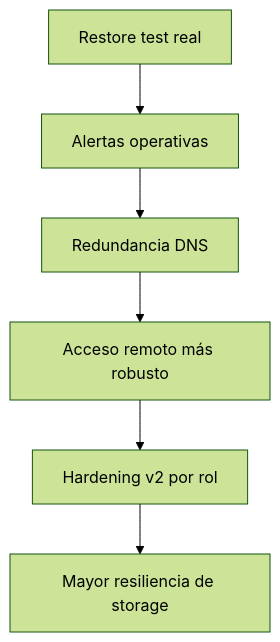
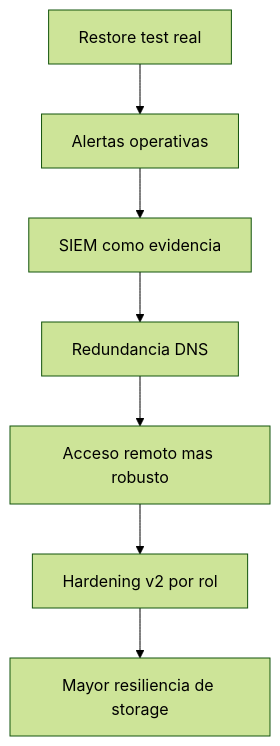
One commit to Nicolasperaltait/homelab changed the second of 2 diagrams in docs/es/06-observabilidad-y-roadmap.md. Above: the diagram before and after it, drawn with Mermaid (forest theme). The commit also changed other lines of this file and 25 other files, not shown here.

Commit message:
docs: publish sanitized homelab architecture record

````diff
--- a/docs/es/06-observabilidad-y-roadmap.md
+++ b/docs/es/06-observabilidad-y-roadmap.md
@@ -61,8 +92,9 @@
 ```mermaid
 flowchart TD
     A[Restore test real] --> B[Alertas operativas]
-    B --> C[Redundancia DNS]
-    C --> D[Acceso remoto más robusto]
-    D --> E[Hardening v2 por rol]
-    E --> F[Mayor resiliencia de storage]
+    B --> C[SIEM como evidencia]
+    C --> D[Redundancia DNS]
+    D --> E[Acceso remoto mas robusto]
+    E --> F[Hardening v2 por rol]
+    F --> G[Mayor resiliencia de storage]
 ```
````
